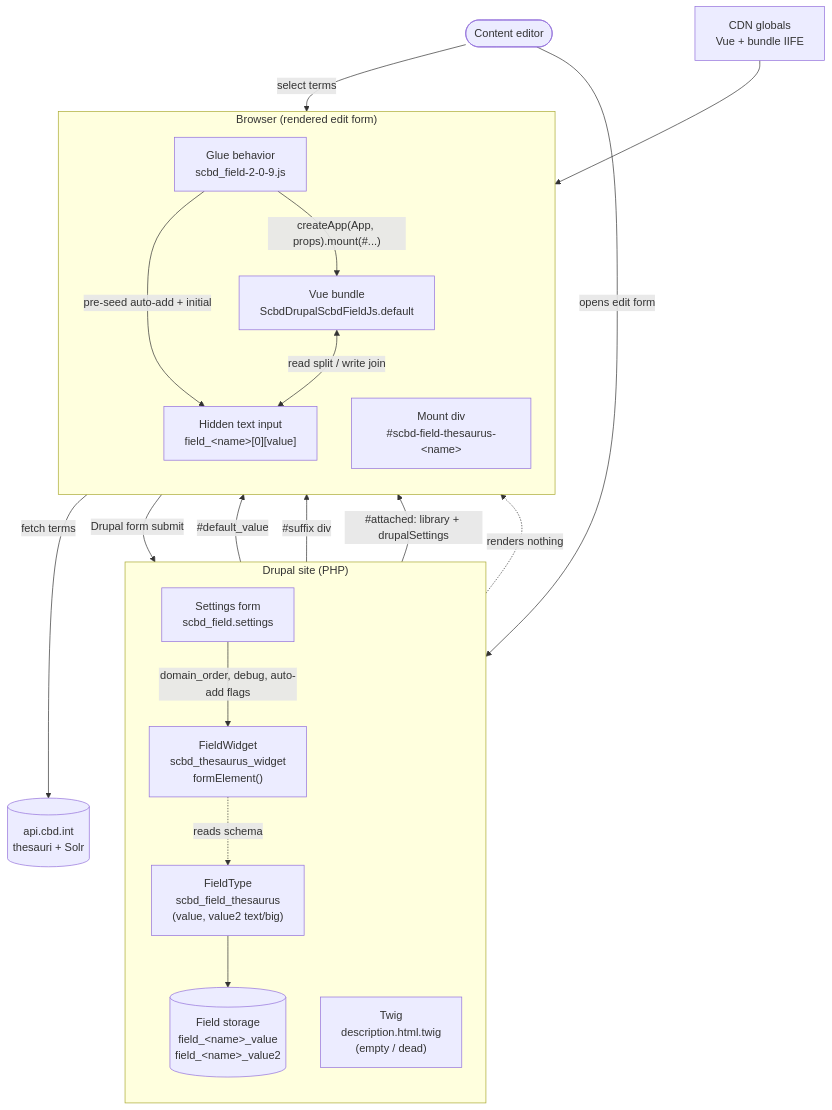
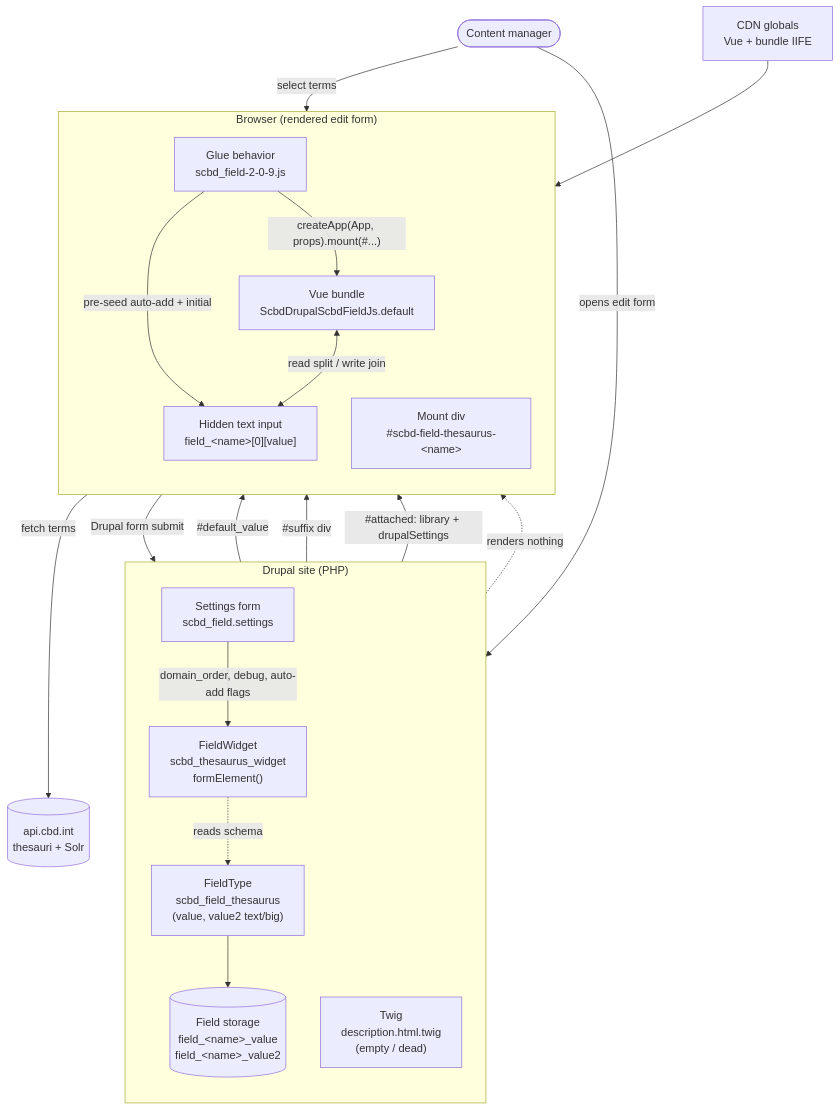
The second of 7 diagrams in docs/architecture.md (scbd/drupal-module-scbd-thesaurus-tags), drawn with Mermaid before and after one commit. The commit also changed other lines of this file and 2 other files, not shown here.

````diff
--- a/docs/architecture.md
+++ b/docs/architecture.md
@@ -47,41 +47,41 @@
 ```mermaid
 flowchart TB
-  editor(["Content editor"])
+  editor(["Content manager"])
 
   subgraph drupal["Drupal site (PHP)"]
     direction TB
     ft["FieldType<br/>scbd_field_thesaurus<br/>(value, value2 text/big)"]
     widget["FieldWidget<br/>scbd_thesaurus_widget<br/>formElement()"]
     twig["Twig<br/>description.html.twig<br/>(empty / dead)"]
     settings["Settings form<br/>scbd_field.settings"]
     db[("Field storage<br/>field_&lt;name&gt;_value<br/>field_&lt;name&gt;_value2")]
   end
 
   subgraph browser["Browser (rendered edit form)"]
     direction TB
     hidden["Hidden text input<br/>field_&lt;name&gt;[0][value]"]
     mountdiv["Mount div<br/>#scbd-field-thesaurus-&lt;name&gt;"]
     glue["Glue behavior<br/>scbd_field-2-0-9.js"]
     vue["Vue bundle<br/>ScbdDrupalScbdFieldJs.default"]
   end
 
   api[("api.cbd.int<br/>thesauri + Solr")]
   cdn["CDN globals<br/>Vue + bundle IIFE"]
 
   editor -->|opens edit form| widget
   widget -->|"#default_value"| hidden
   widget -->|"#suffix div"| mountdiv
   widget -->|"#attached: library + drupalSettings"| glue
   widget -.->|reads schema| ft
   ft --> db
   settings -->|domain_order, debug, auto-add flags| widget
   twig -.->|renders nothing| browser
 
   glue -->|pre-seed auto-add + initial| hidden
   glue -->|"createApp(App, props).mount(#...)"| vue
   cdn --> glue
   vue <-->|read split / write join| hidden
   vue -->|fetch terms| api
   editor -->|select terms| vue
   hidden -->|Drupal form submit| db
 ```
````
